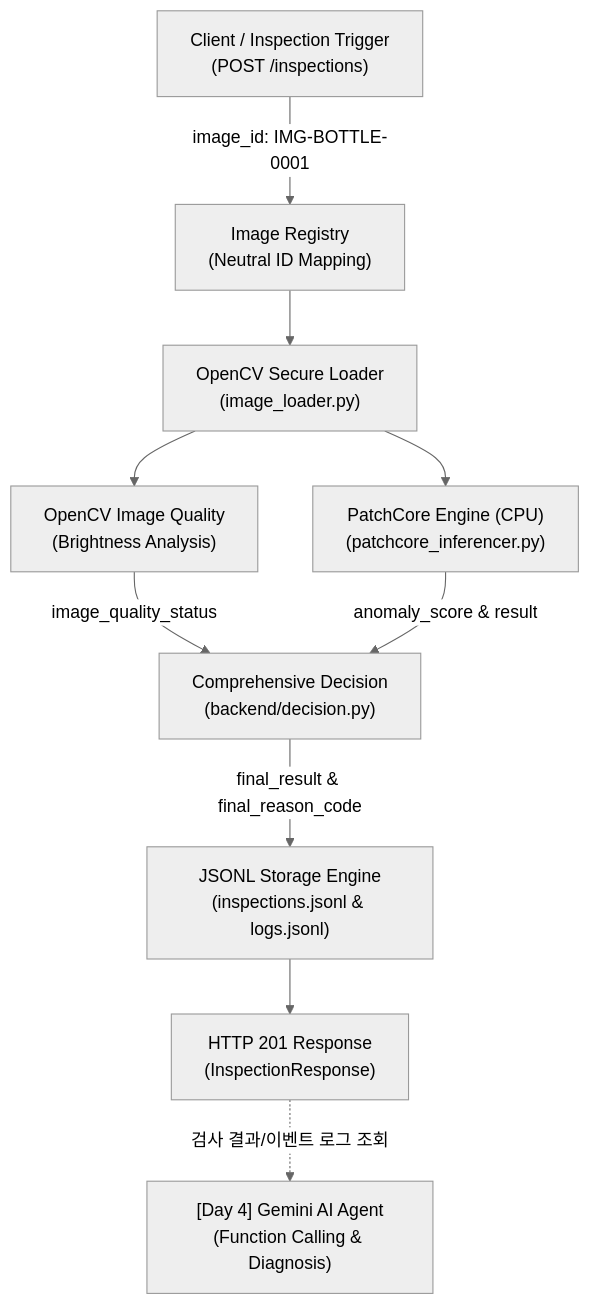
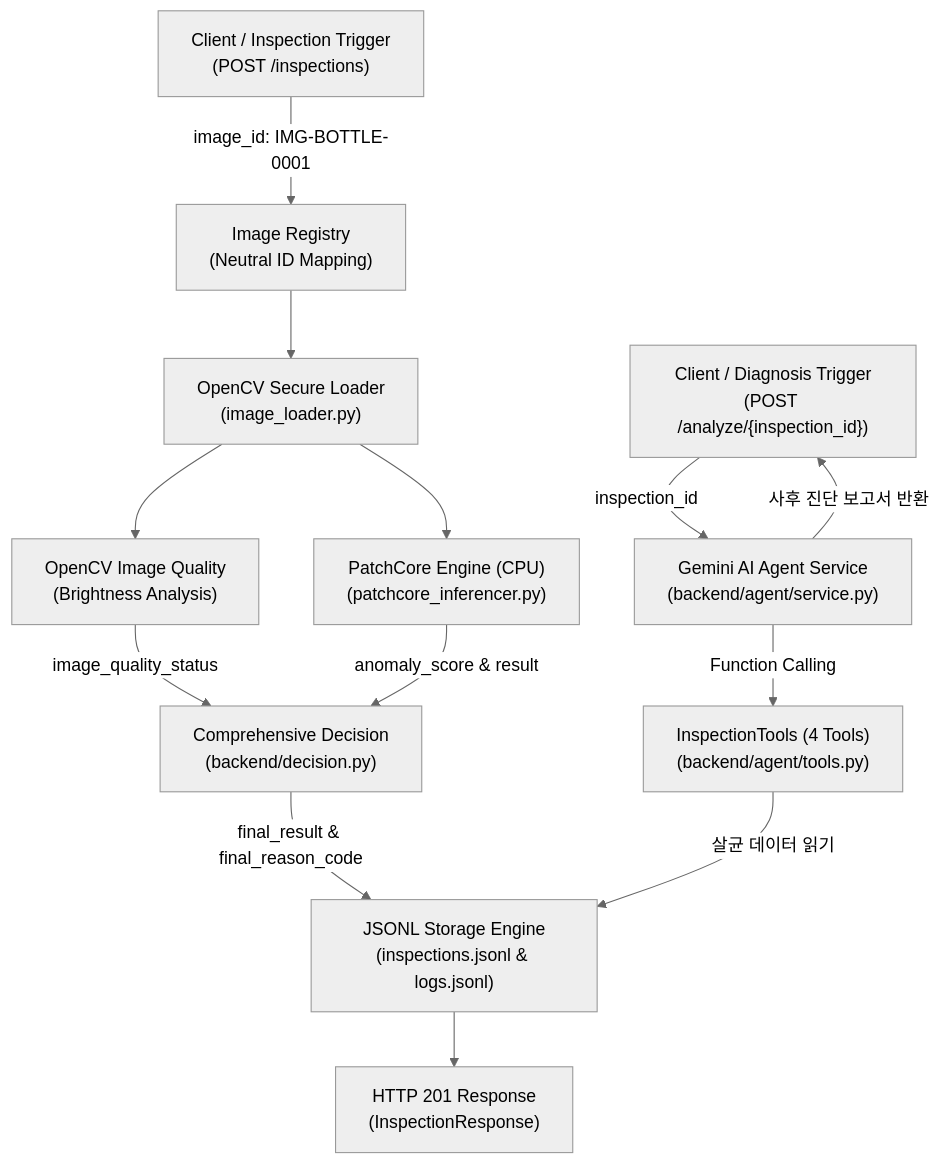
One commit to yungoonkim/InspectAgent changed the diagram in README.md. Above: the diagram before and after it, drawn with Mermaid (neutral theme). The commit also changed other lines of this file and 32 other files, not shown here.

First line of the commit message:
feat(agent): Gemini Function Calling 및 AI 진단 기능 구현

````diff
--- a/README.md
+++ b/README.md
@@ -44,22 +58,28 @@
 ```mermaid
 flowchart TD
     Client["Client / Inspection Trigger<br>(POST /inspections)"]
     Registry["Image Registry<br>(Neutral ID Mapping)"]
     Loader["OpenCV Secure Loader<br>(image_loader.py)"]
     Vision["OpenCV Image Quality<br>(Brightness Analysis)"]
     PatchCore["PatchCore Engine (CPU)<br>(patchcore_inferencer.py)"]
     Decision["Comprehensive Decision<br>(backend/decision.py)"]
     Storage["JSONL Storage Engine<br>(inspections.jsonl & logs.jsonl)"]
     Response["HTTP 201 Response<br>(InspectionResponse)"]
-    Agent["[Day 4] Gemini AI Agent<br>(Function Calling & Diagnosis)"]
+    AgentClient["Client / Diagnosis Trigger<br>(POST /analyze/{inspection_id})"]
+    Agent["Gemini AI Agent Service<br>(backend/agent/service.py)"]
+    Tools["InspectionTools (4 Tools)<br>(backend/agent/tools.py)"]
 
     Client -->|image_id: IMG-BOTTLE-0001| Registry
     Registry --> Loader
     Loader --> Vision
     Loader --> PatchCore
     Vision -->|image_quality_status| Decision
     PatchCore -->|anomaly_score & result| Decision
     Decision -->|final_result & final_reason_code| Storage
     Storage --> Response
-    Response -.->|검사 결과/이벤트 로그 조회| Agent
+
+    AgentClient -->|inspection_id| Agent
+    Agent -->|Function Calling| Tools
+    Tools -->|살균 데이터 읽기| Storage
+    Agent -->|사후 진단 보고서 반환| AgentClient
 ```
````
